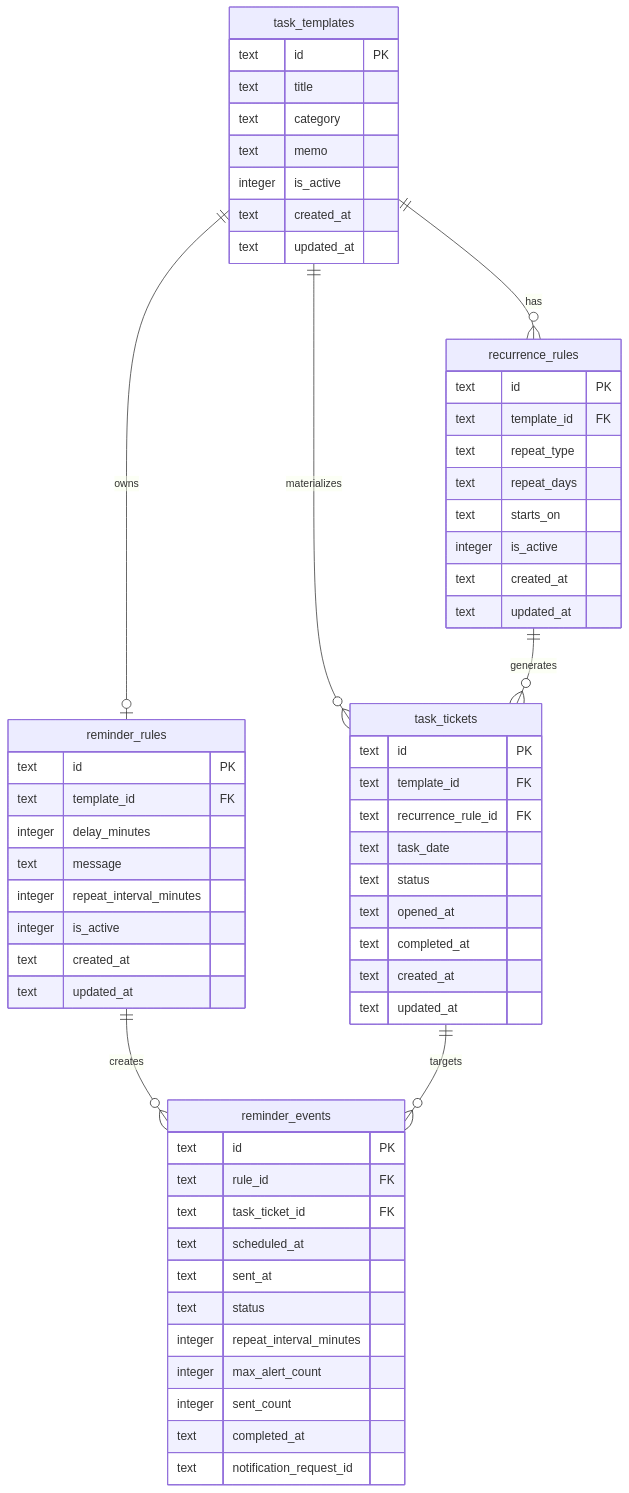
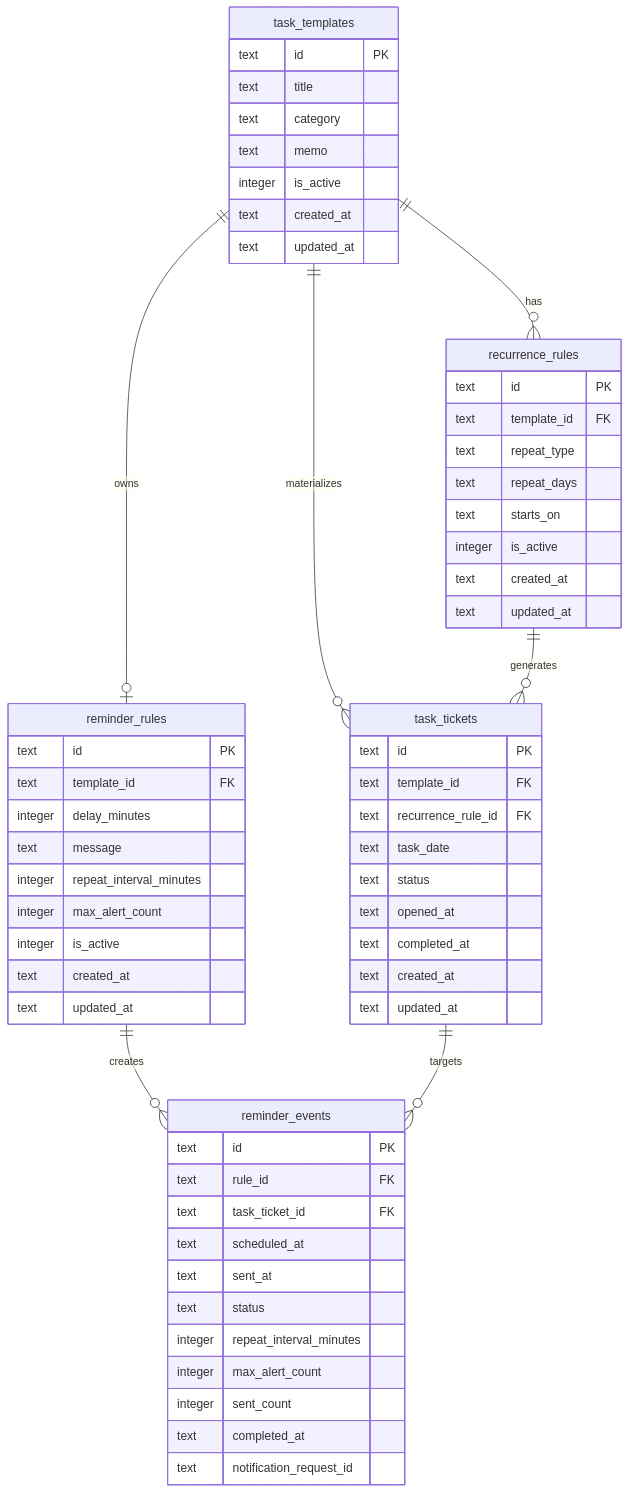
The diagram in docs/ERD.md (kimst5418/daily-routine), drawn with Mermaid before and after one commit. The commit also changed other lines of this file and 11 other files, not shown here.

````diff
--- a/docs/ERD.md
+++ b/docs/ERD.md
@@ -5,67 +5,68 @@
 ```mermaid
 erDiagram
     task_templates {
         text id PK
         text title
         text category
         text memo
         integer is_active
         text created_at
         text updated_at
     }
 
     recurrence_rules {
         text id PK
         text template_id FK
         text repeat_type
         text repeat_days
         text starts_on
         integer is_active
         text created_at
         text updated_at
     }
 
     task_tickets {
         text id PK
         text template_id FK
         text recurrence_rule_id FK
         text task_date
         text status
         text opened_at
         text completed_at
         text created_at
         text updated_at
     }
 
     reminder_rules {
         text id PK
         text template_id FK
         integer delay_minutes
         text message
         integer repeat_interval_minutes
+        integer max_alert_count
         integer is_active
         text created_at
         text updated_at
     }
 
     reminder_events {
         text id PK
         text rule_id FK
         text task_ticket_id FK
         text scheduled_at
         text sent_at
         text status
         integer repeat_interval_minutes
         integer max_alert_count
         integer sent_count
         text completed_at
         text notification_request_id
     }
 
     task_templates ||--o{ recurrence_rules : "has"
     task_templates ||--o{ task_tickets : "materializes"
     recurrence_rules ||--o{ task_tickets : "generates"
     task_templates ||--o| reminder_rules : "owns"
     reminder_rules ||--o{ reminder_events : "creates"
     task_tickets ||--o{ reminder_events : "targets"
 ```
````
